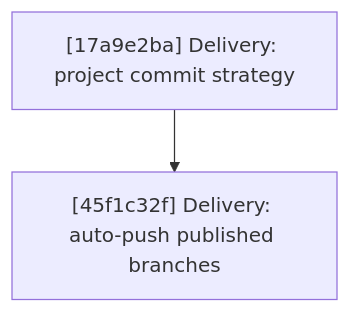
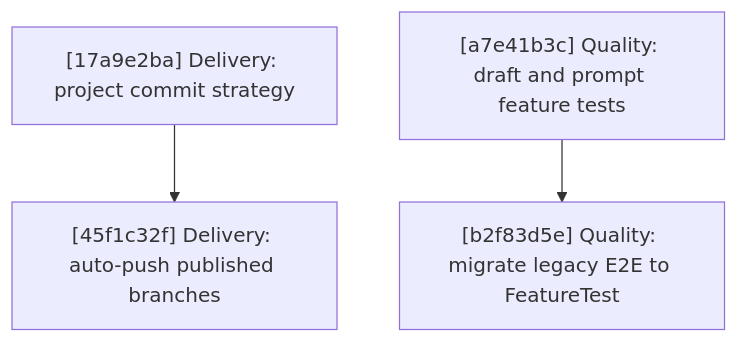
The diagram in docs/plan/roadmap.md (agentty-xyz/agentty), drawn with Mermaid before and after one commit. The commit also changed other lines of this file and 23 other files, not shown here.

````diff
--- a/docs/plan/roadmap.md
+++ b/docs/plan/roadmap.md
@@ -96,4 +152,5 @@
 ```mermaid
 flowchart TD
     R1["[17a9e2ba] Delivery: project commit strategy"] --> R2["[45f1c32f] Delivery: auto-push published branches"]
+    R3["[a7e41b3c] Quality: draft and prompt feature tests"] --> R4["[b2f83d5e] Quality: migrate legacy E2E to FeatureTest"]
 ```
````
